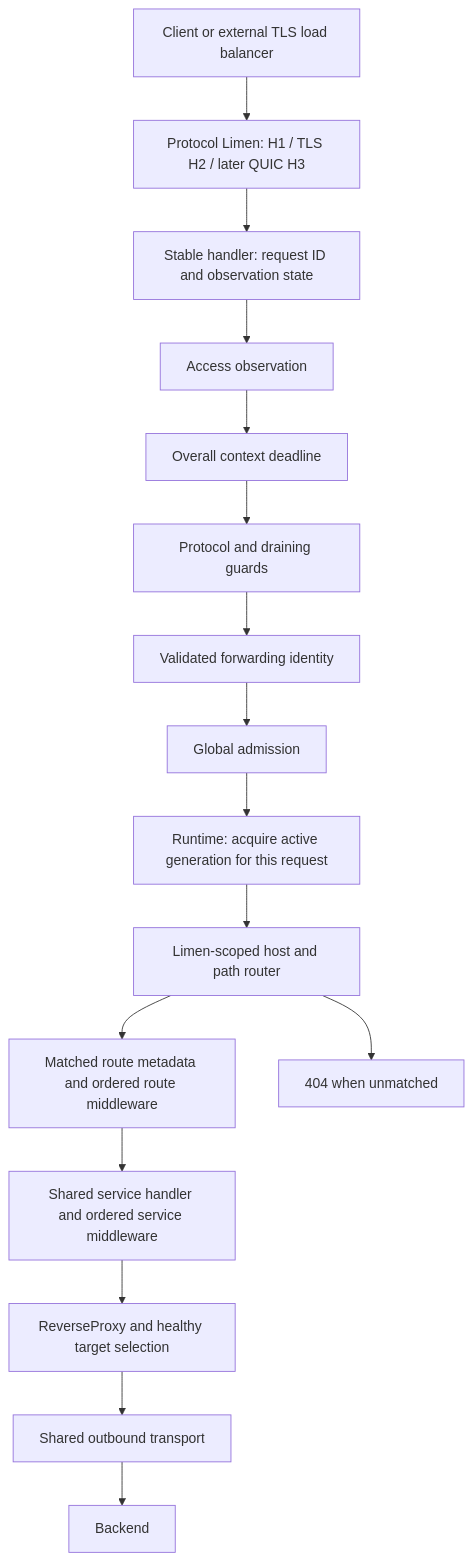
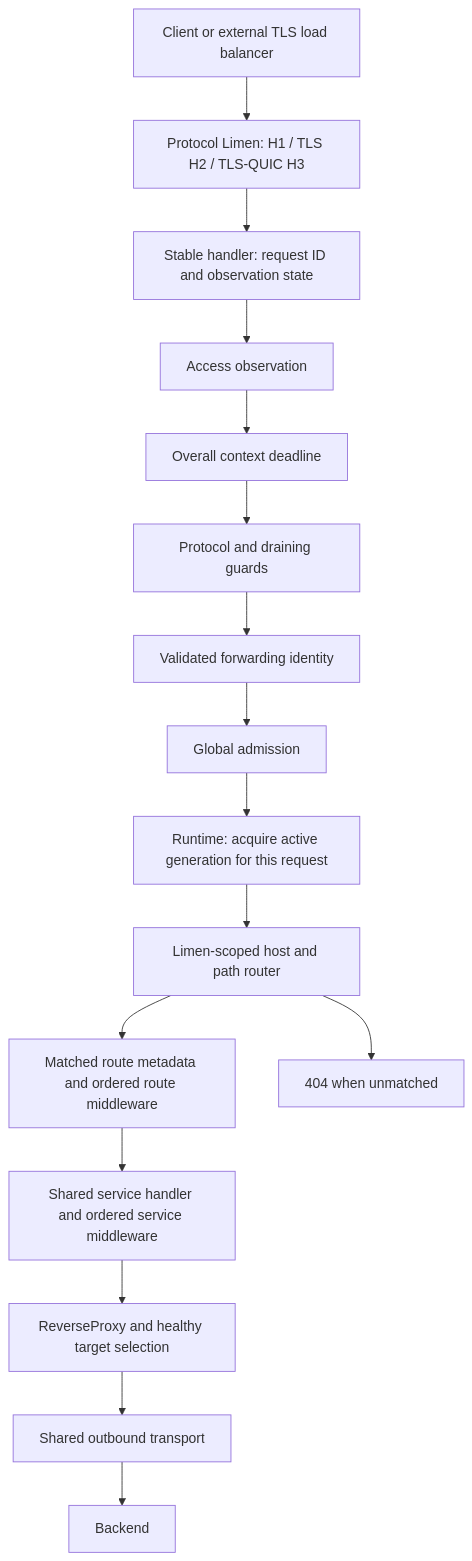
Before and after one commit to JimAlex927/Janus: the diagram in docs/architecture.md, drawn with Mermaid. The commit also changed other lines of this file and 13 other files, not shown here.

Commit message:
feat(protocol): add native HTTP/3 limen adapter

````diff
--- a/docs/architecture.md
+++ b/docs/architecture.md
@@ -39,18 +40,18 @@
 ```mermaid
 flowchart TD
-    C[Client or external TLS load balancer] --> L[Protocol Limen: H1 / TLS H2 / later QUIC H3]
+    C[Client or external TLS load balancer] --> L[Protocol Limen: H1 / TLS H2 / TLS-QUIC H3]
     L --> ID[Stable handler: request ID and observation state]
     ID --> O[Access observation]
     O --> T[Overall context deadline]
     T --> G[Protocol and draining guards]
     G --> I[Validated forwarding identity]
     I --> A[Global admission]
     A --> D[Runtime: acquire active generation for this request]
     D --> R[Limen-scoped host and path router]
     R --> M[Matched route metadata and ordered route middleware]
     M --> S[Shared service handler and ordered service middleware]
     S --> P[ReverseProxy and healthy target selection]
     P --> TR[Shared outbound transport]
     TR --> B[Backend]
     R --> N[404 when unmatched]
 ```
````
